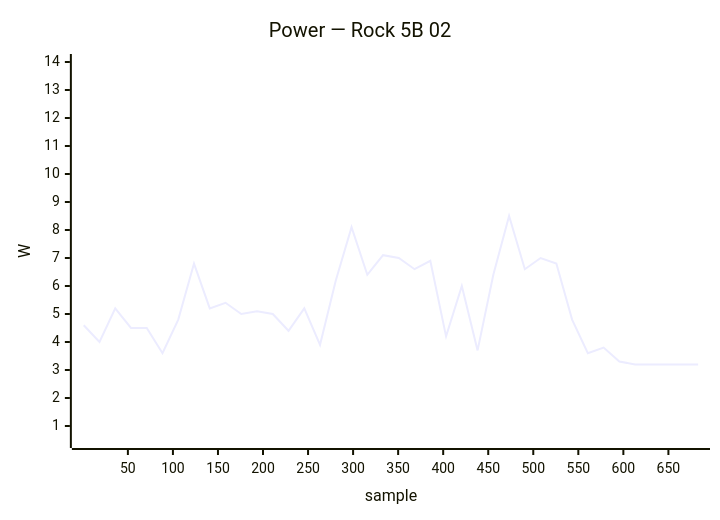
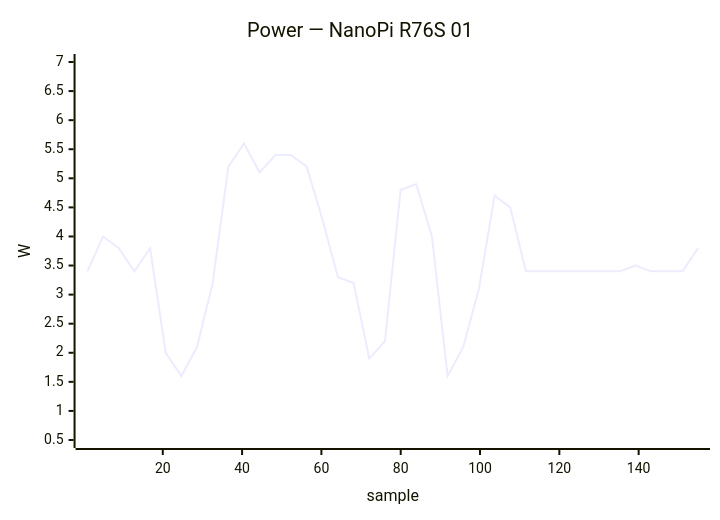
One commit to armbian/documentation changed the fourth of 48 diagrams in docs/status/board-tests.md. Above: the diagram before and after it, drawn with Mermaid. The commit also changed other lines of this file, not shown here.

````diff
--- a/docs/status/board-tests.md
+++ b/docs/status/board-tests.md
@@ -115,7 +143,7 @@
 ```mermaid
 xychart-beta
-    title "Power — Rock 5B 02"
-    x-axis "sample" 1 --> 683
-    y-axis "W" 0.5 --> 14.0
-    line [4.6, 4.0, 5.2, 4.5, 4.5, 3.6, 4.8, 6.8, 5.2, 5.4, 5.0, 5.1, 5.0, 4.4, 5.2, 3.9, 6.2, 8.1, 6.4, 7.1, 7.0, 6.6, 6.9, 4.2, 6.0, 3.7, 6.4, 8.5, 6.6, 7.0, 6.8, 4.8, 3.6, 3.8, 3.3, 3.2, 3.2, 3.2, 3.2, 3.2]
+    title "Power — NanoPi R76S 01"
+    x-axis "sample" 1 --> 155
+    y-axis "W" 0.5 --> 7.0
+    line [3.4, 4.0, 3.8, 3.4, 3.8, 2.0, 1.6, 2.1, 3.2, 5.2, 5.6, 5.1, 5.4, 5.4, 5.2, 4.3, 3.3, 3.2, 1.9, 2.2, 4.8, 4.9, 4.0, 1.6, 2.1, 3.1, 4.7, 4.5, 3.4, 3.4, 3.4, 3.4, 3.4, 3.4, 3.4, 3.5, 3.4, 3.4, 3.4, 3.8]
 ```
````
